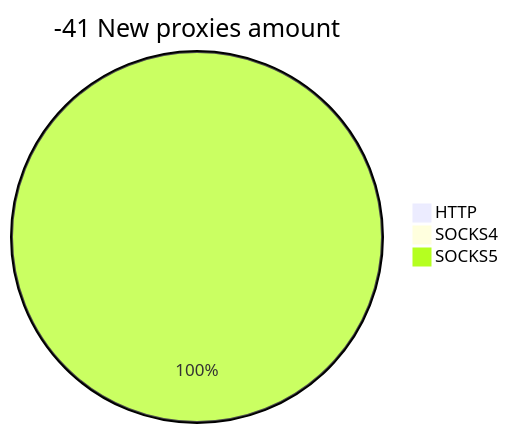
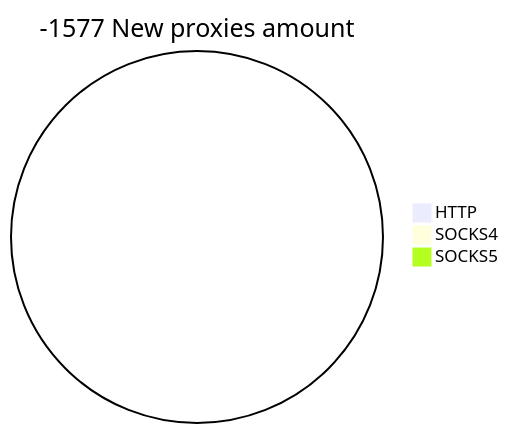
One commit to cutipu/proxylist changed the second of 2 diagrams in README.md. Above: the diagram before and after it, drawn with Mermaid. The commit also changed other lines of this file, not shown here.

````diff
--- a/README.md
+++ b/README.md
@@ -10,6 +10,6 @@
 ```mermaid
-pie title -41 New proxies amount
+pie title -1577 New proxies amount
     "HTTP" : 0
     "SOCKS4" : 0
-    "SOCKS5" : 11
+    "SOCKS5" : 0
 ```
````
